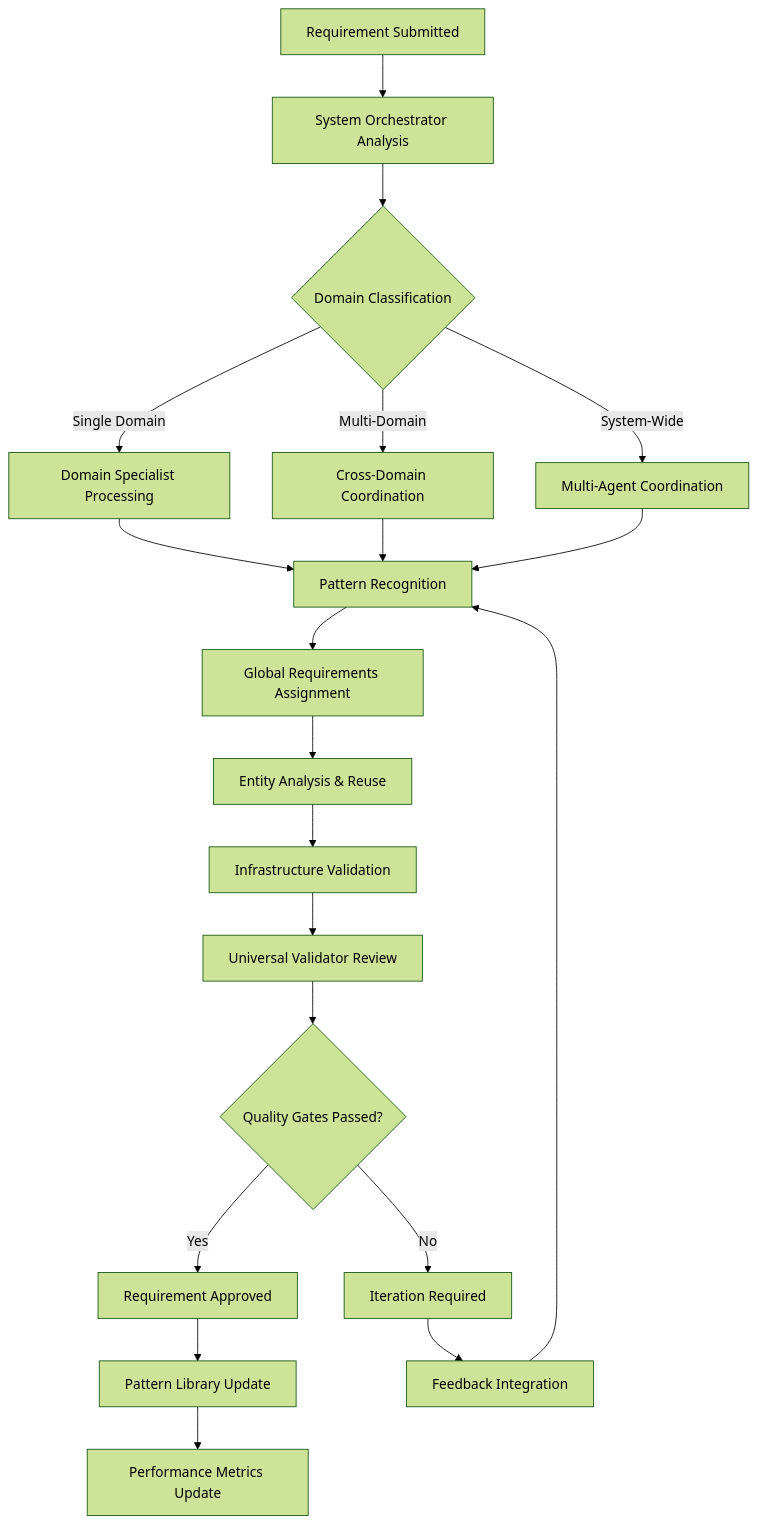
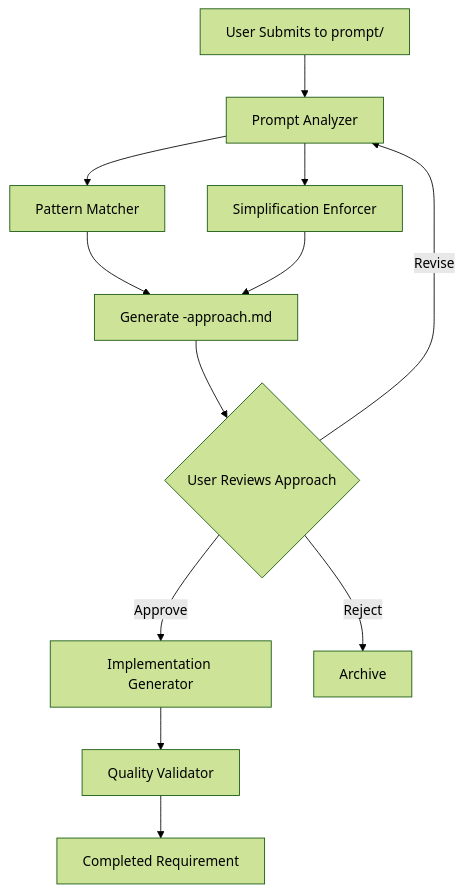
The first of 2 diagrams in PROCESS_GUIDE.md (ia-corydean/blitzy-requirements), drawn with Mermaid (forest theme) before and after one commit. The commit also changed other lines of this file and 96 other files, not shown here.

Commit message:
Multi-Agent Workflow Update v2 - simplified. Added accounting adjustments.

````diff
--- a/PROCESS_GUIDE.md
+++ b/PROCESS_GUIDE.md
@@ -21,26 +20,14 @@
 ```mermaid
 graph TD
-    A[Requirement Submitted] --> B[System Orchestrator Analysis]
-    B --> C{Domain Classification}
-    C -->|Single Domain| D[Domain Specialist Processing]
-    C -->|Multi-Domain| E[Cross-Domain Coordination]
-    C -->|System-Wide| F[Multi-Agent Coordination]
-    
-    D --> G[Pattern Recognition]
-    E --> G
-    F --> G
-    
-    G --> H[Global Requirements Assignment]
-    H --> I[Entity Analysis & Reuse]
-    I --> J[Infrastructure Validation]
-    J --> K[Universal Validator Review]
-    K --> L{Quality Gates Passed?}
-    
-    L -->|Yes| M[Requirement Approved]
-    L -->|No| N[Iteration Required]
-    N --> O[Feedback Integration]
-    O --> G
-    
-    M --> P[Pattern Library Update]
-    P --> Q[Performance Metrics Update]
+    A[User Submits to prompt/] --> B[Prompt Analyzer]
+    B --> C[Pattern Matcher]
+    B --> D[Simplification Enforcer]
+    C --> E[Generate -approach.md]
+    D --> E
+    E --> F{User Reviews Approach}
+    F -->|Approve| G[Implementation Generator]
+    F -->|Revise| B
+    F -->|Reject| H[Archive]
+    G --> I[Quality Validator]
+    I --> J[Completed Requirement]
 ```
````
